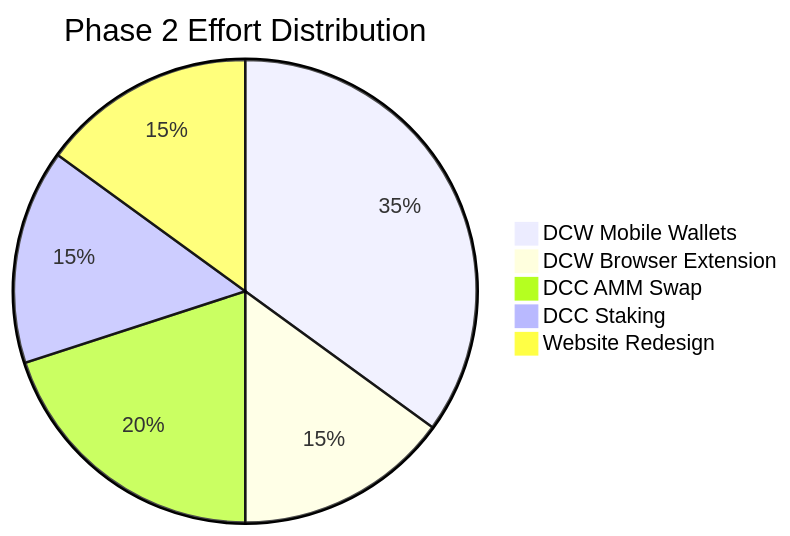
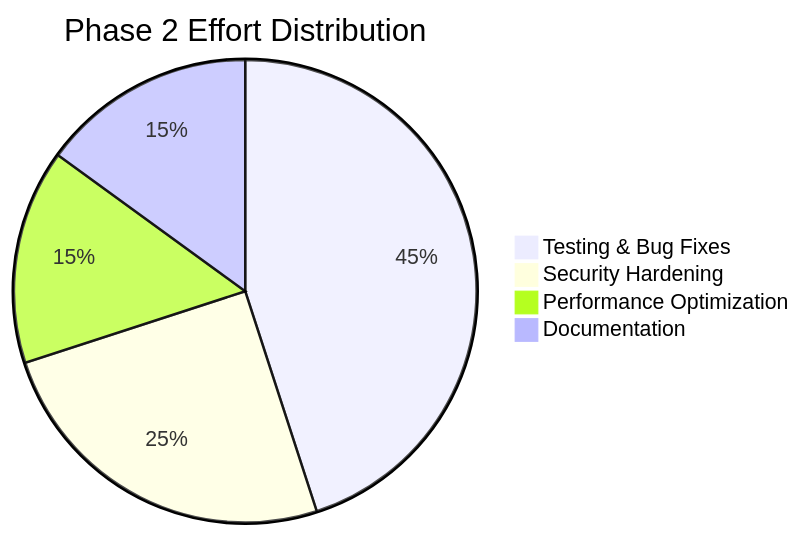
The eighth of 11 diagrams in ROADMAP.md (33imattei33/roadmap-project), drawn with Mermaid before and after one commit. The commit also changed other lines of this file, not shown here.

First line of the commit message:
Update roadmap: 12 projects are 90% complete and on mainnet

````diff
--- a/ROADMAP.md
+++ b/ROADMAP.md
@@ -322,8 +334,7 @@
 ```mermaid
 pie title Phase 2 Effort Distribution
-    "DCW Mobile Wallets" : 35
-    "DCW Browser Extension" : 15
-    "DCC AMM Swap" : 20
-    "DCC Staking" : 15
-    "Website Redesign" : 15
+    "Testing & Bug Fixes" : 45
+    "Security Hardening" : 25
+    "Performance Optimization" : 15
+    "Documentation" : 15
 ```
````
